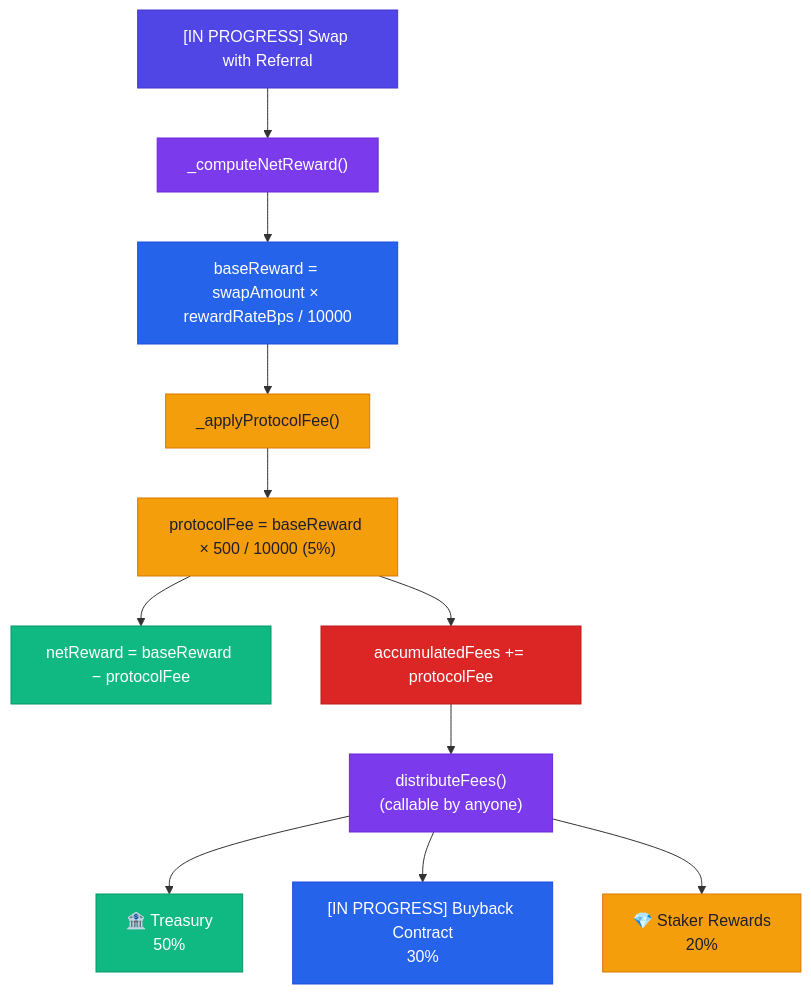
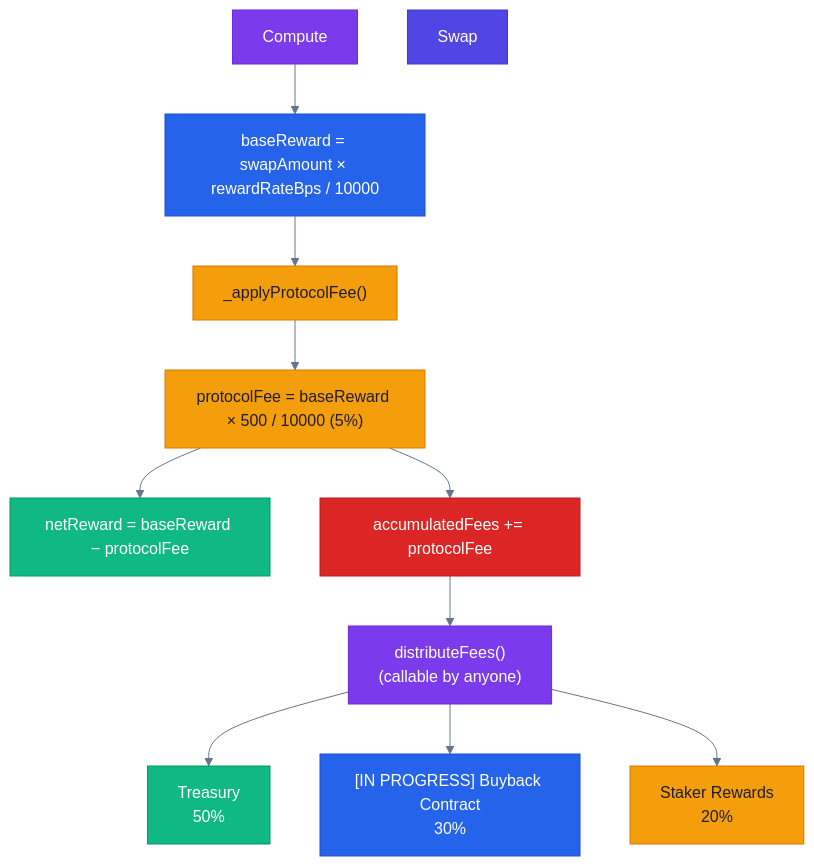
Diagram 12 of 12 in docs/SYSTEM_DESIGN.md (guglxni/the-fixer-hook), drawn with Mermaid before and after one commit. The commit also changed other lines of this file and 514 other files, not shown here.

Commit message:
Clean docs: remove emojis, add professional mermaid styling

````diff
--- a/docs/SYSTEM_DESIGN.md
+++ b/docs/SYSTEM_DESIGN.md
@@ -578,25 +558,24 @@
 ```mermaid
+%%{init: {'theme': 'neutral', 'themeVariables': { 'primaryColor': '#2563eb', 'primaryTextColor': '#1e293b', 'primaryBorderColor': '#3b82f6', 'lineColor': '#64748b', 'secondaryColor': '#f1f5f9', 'tertiaryColor': '#e2e8f0'}}}%%
 flowchart TD
-    Swap["[IN PROGRESS] Swap with Referral"] --> Compute["_computeNetReward()"]
     Compute --> Base["baseReward = swapAmount × rewardRateBps / 10000"]
     Base --> Fee["_applyProtocolFee()"]
     Fee --> CalcFee["protocolFee = baseReward × 500 / 10000 (5%)"]
     CalcFee --> Net["netReward = baseReward − protocolFee"]
     CalcFee --> Accum["accumulatedFees += protocolFee"]
     Accum --> Dist["distributeFees()\n(callable by anyone)"]
-    Dist --> Treasury["🏦 Treasury\n50%"]
+    Dist --> Treasury[" Treasury\n50%"]
     Dist --> Buyback["[IN PROGRESS] Buyback Contract\n30%"]
-    Dist --> Stakers["💎 Staker Rewards\n20%"]
-
+    Dist --> Stakers[" Staker Rewards\n20%"]
     style Swap fill:#4F46E5,color:#FFFFFF,stroke:#4338CA
     style Compute fill:#7C3AED,color:#FFFFFF,stroke:#6D28D9
     style Base fill:#2563EB,color:#FFFFFF,stroke:#1D4ED8
     style Fee fill:#F59E0B,color:#1E1E2E,stroke:#D97706
     style CalcFee fill:#F59E0B,color:#1E1E2E,stroke:#D97706
     style Net fill:#10B981,color:#FFFFFF,stroke:#059669
     style Accum fill:#DC2626,color:#FFFFFF,stroke:#B91C1C
     style Dist fill:#7C3AED,color:#FFFFFF,stroke:#6D28D9
     style Treasury fill:#10B981,color:#FFFFFF,stroke:#059669
     style Buyback fill:#2563EB,color:#FFFFFF,stroke:#1D4ED8
     style Stakers fill:#F59E0B,color:#1E1E2E,stroke:#D97706
 ```
````
